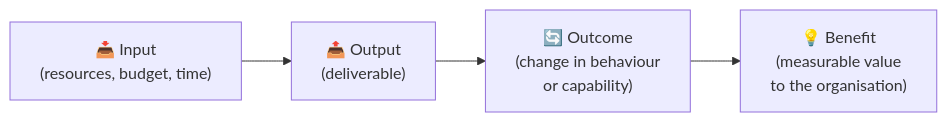
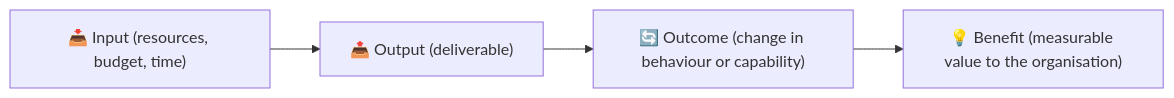
Before and after one commit to UncleJS/course_projectManagement: the fourth of 4 diagrams in modules/01-foundations.md, drawn with Mermaid. The commit also changed other lines of this file and 16 other files, not shown here.

Commit message:
Fix Mermaid rendering: remove literal \n from all diagram labels; quote unquoted & in flowchart nodes

````diff
--- a/modules/01-foundations.md
+++ b/modules/01-foundations.md
@@ -217,8 +217,8 @@
 ```mermaid
 flowchart LR
-    I["📥 Input\n(resources, budget, time)"]
-    O["📤 Output\n(deliverable)"]
-    OC["🔄 Outcome\n(change in behaviour\nor capability)"]
-    B["💡 Benefit\n(measurable value\nto the organisation)"]
+    I["📥 Input (resources, budget, time)"]
+    O["📤 Output (deliverable)"]
+    OC["🔄 Outcome (change in behaviour or capability)"]
+    B["💡 Benefit (measurable value to the organisation)"]
     I --> O --> OC --> B
 ```
````
